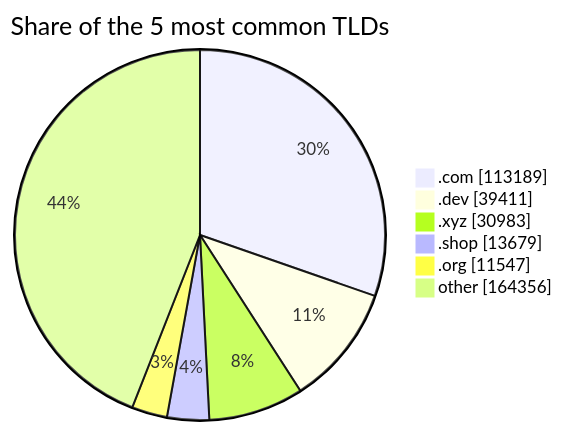
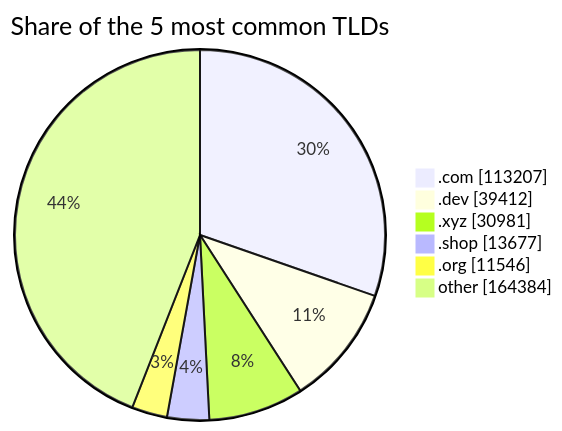
The third of 3 diagrams in README.md (DNSBunker/CTI), drawn with Mermaid before and after one commit. The commit also changed other lines of this file and 3 other files, not shown here.

````diff
--- a/README.md
+++ b/README.md
@@ -81,9 +81,9 @@
 ```mermaid
 pie showData title Share of the 5 most common TLDs
-    ".com" : 113189
-    ".dev" : 39411
-    ".xyz" : 30983
-    ".shop" : 13679
-    ".org" : 11547
-    "other" : 164356
+    ".com" : 113207
+    ".dev" : 39412
+    ".xyz" : 30981
+    ".shop" : 13677
+    ".org" : 11546
+    "other" : 164384
 ```
````
